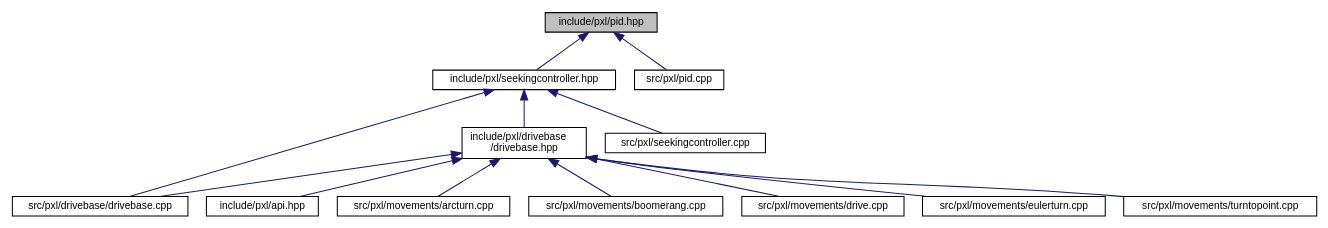
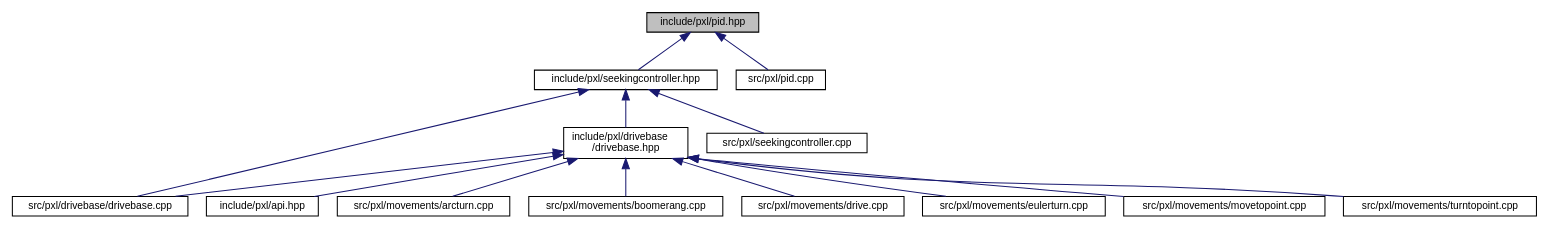
One commit to Pixel-Lib/Pixel changed the diagram in pid_8hpp__dep__incl.dot. Above: the diagram before and after it, drawn with Graphviz. The commit also changed 285 other files, not shown here.

```diff
--- a/pid_8hpp__dep__incl.dot
+++ b/pid_8hpp__dep__incl.dot
@@ -1,30 +1,32 @@
 digraph "include/pxl/pid.hpp"
 {
  // LATEX_PDF_SIZE
   edge [fontname="Helvetica",fontsize="10",labelfontname="Helvetica",labelfontsize="10"];
   node [fontname="Helvetica",fontsize="10",shape=record];
   Node1 [label="include/pxl/pid.hpp",height=0.2,width=0.4,color="black", fillcolor="grey75", style="filled", fontcolor="black",tooltip=" "];
   Node1 -> Node2 [dir="back",color="midnightblue",fontsize="10",style="solid",fontname="Helvetica"];
   Node2 [label="include/pxl/seekingcontroller.hpp",height=0.2,width=0.4,color="black", fillcolor="white", style="filled",URL="$seekingcontroller_8hpp.html",tooltip=" "];
   Node2 -> Node3 [dir="back",color="midnightblue",fontsize="10",style="solid",fontname="Helvetica"];
   Node3 [label="include/pxl/drivebase\l/drivebase.hpp",height=0.2,width=0.4,color="black", fillcolor="white", style="filled",URL="$drivebase_8hpp.html",tooltip=" "];
   Node3 -> Node4 [dir="back",color="midnightblue",fontsize="10",style="solid",fontname="Helvetica"];
   Node4 [label="include/pxl/api.hpp",height=0.2,width=0.4,color="black", fillcolor="white", style="filled",URL="$api_8hpp.html",tooltip=" "];
   Node3 -> Node5 [dir="back",color="midnightblue",fontsize="10",style="solid",fontname="Helvetica"];
   Node5 [label="src/pxl/drivebase/drivebase.cpp",height=0.2,width=0.4,color="black", fillcolor="white", style="filled",URL="$drivebase_8cpp.html",tooltip=" "];
   Node3 -> Node6 [dir="back",color="midnightblue",fontsize="10",style="solid",fontname="Helvetica"];
   Node6 [label="src/pxl/movements/arcturn.cpp",height=0.2,width=0.4,color="black", fillcolor="white", style="filled",URL="$arcturn_8cpp.html",tooltip=" "];
   Node3 -> Node7 [dir="back",color="midnightblue",fontsize="10",style="solid",fontname="Helvetica"];
   Node7 [label="src/pxl/movements/boomerang.cpp",height=0.2,width=0.4,color="black", fillcolor="white", style="filled",URL="$boomerang_8cpp.html",tooltip=" "];
   Node3 -> Node8 [dir="back",color="midnightblue",fontsize="10",style="solid",fontname="Helvetica"];
   Node8 [label="src/pxl/movements/drive.cpp",height=0.2,width=0.4,color="black", fillcolor="white", style="filled",URL="$drive_8cpp.html",tooltip=" "];
   Node3 -> Node9 [dir="back",color="midnightblue",fontsize="10",style="solid",fontname="Helvetica"];
   Node9 [label="src/pxl/movements/eulerturn.cpp",height=0.2,width=0.4,color="black", fillcolor="white", style="filled",URL="$eulerturn_8cpp.html",tooltip=" "];
   Node3 -> Node10 [dir="back",color="midnightblue",fontsize="10",style="solid",fontname="Helvetica"];
-  Node10 [label="src/pxl/movements/turntopoint.cpp",height=0.2,width=0.4,color="black", fillcolor="white", style="filled",URL="$turntopoint_8cpp.html",tooltip=" "];
+  Node10 [label="src/pxl/movements/movetopoint.cpp",height=0.2,width=0.4,color="black", fillcolor="white", style="filled",URL="$movetopoint_8cpp.html",tooltip=" "];
+  Node3 -> Node11 [dir="back",color="midnightblue",fontsize="10",style="solid",fontname="Helvetica"];
+  Node11 [label="src/pxl/movements/turntopoint.cpp",height=0.2,width=0.4,color="black", fillcolor="white", style="filled",URL="$turntopoint_8cpp.html",tooltip=" "];
   Node2 -> Node5 [dir="back",color="midnightblue",fontsize="10",style="solid",fontname="Helvetica"];
-  Node2 -> Node11 [dir="back",color="midnightblue",fontsize="10",style="solid",fontname="Helvetica"];
-  Node11 [label="src/pxl/seekingcontroller.cpp",height=0.2,width=0.4,color="black", fillcolor="white", style="filled",URL="$seekingcontroller_8cpp.html",tooltip=" "];
-  Node1 -> Node12 [dir="back",color="midnightblue",fontsize="10",style="solid",fontname="Helvetica"];
-  Node12 [label="src/pxl/pid.cpp",height=0.2,width=0.4,color="black", fillcolor="white", style="filled",URL="$pid_8cpp.html",tooltip=" "];
+  Node2 -> Node12 [dir="back",color="midnightblue",fontsize="10",style="solid",fontname="Helvetica"];
+  Node12 [label="src/pxl/seekingcontroller.cpp",height=0.2,width=0.4,color="black", fillcolor="white", style="filled",URL="$seekingcontroller_8cpp.html",tooltip=" "];
+  Node1 -> Node13 [dir="back",color="midnightblue",fontsize="10",style="solid",fontname="Helvetica"];
+  Node13 [label="src/pxl/pid.cpp",height=0.2,width=0.4,color="black", fillcolor="white", style="filled",URL="$pid_8cpp.html",tooltip=" "];
 }
```
